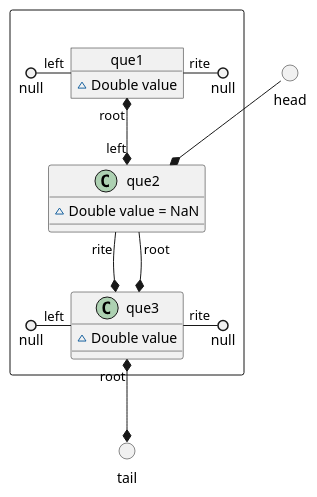
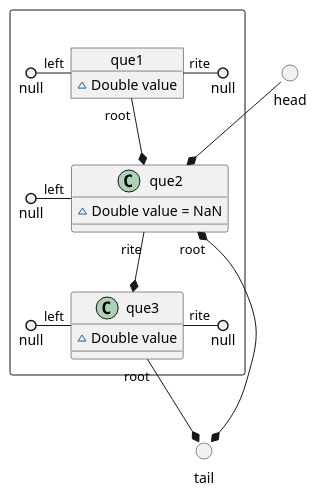
Before and after one commit to vitalispopoff/calculator: the diagram in src/docs/UML/reorderScheme/_05_queue.puml, drawn with PlantUML. The commit also changed 17 other files, not shown here.

```diff
--- a/src/docs/UML/reorderScheme/_05_queue.puml
+++ b/src/docs/UML/reorderScheme/_05_queue.puml
@@ -1,32 +1,33 @@
 @startuml
 
 () head
 () tail
 
 package " " <<Rectangle>>{
 
-    head --*  que2
+         head --* que2
 
     object que1{
         ~ Double value
     }
-
-        null ()- "left" que1
+    null ()- "left" que1
         que1 "rite" -() null
-        que1 "root" *--* "left" que2
+        que1 "root" --* que2
 
     object que2{
         ~ Double value = NaN
     }
+        null ()- "left" que2
         que2 "rite" --* que3
-        que2 "root" --*  que3
+
+        que2 "root" *--* tail
 
     object que3{
         ~ Double value
     }
         null ()- "left" que3
         que3 "rite" -() null
-        que3 "root" *--* tail
+        que3 "root" --* tail
+}
 
-}
 @enduml
```
